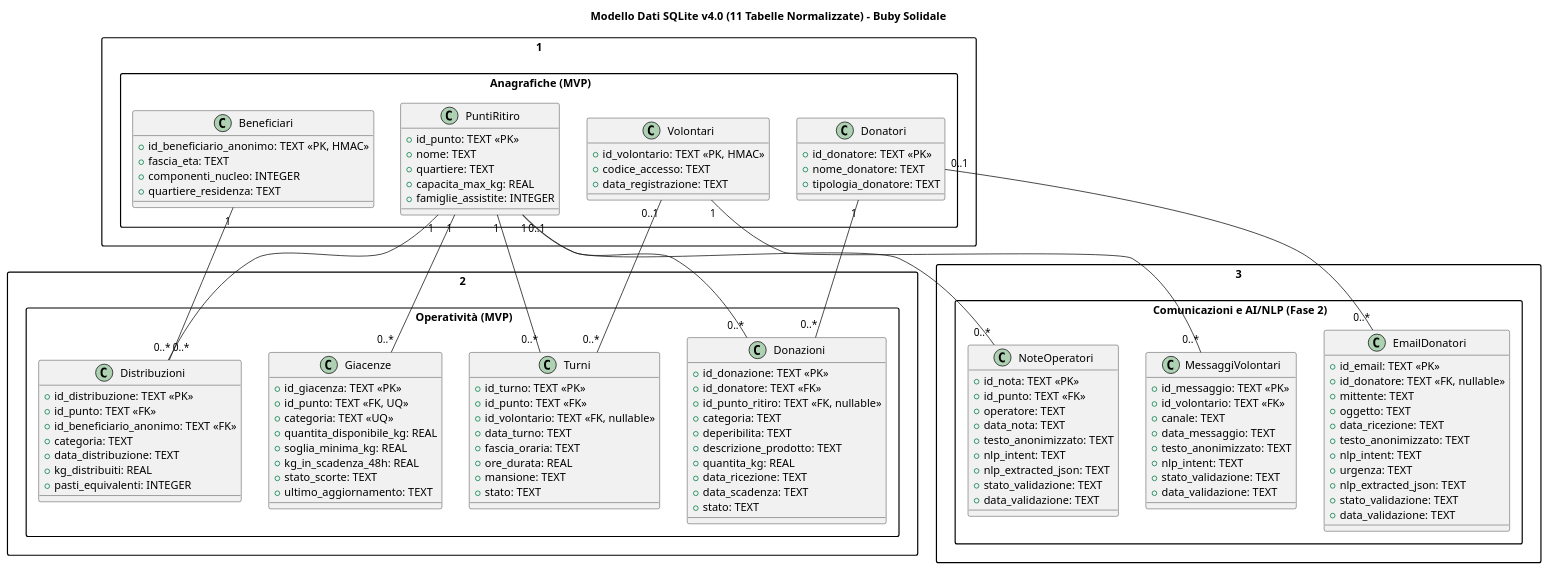
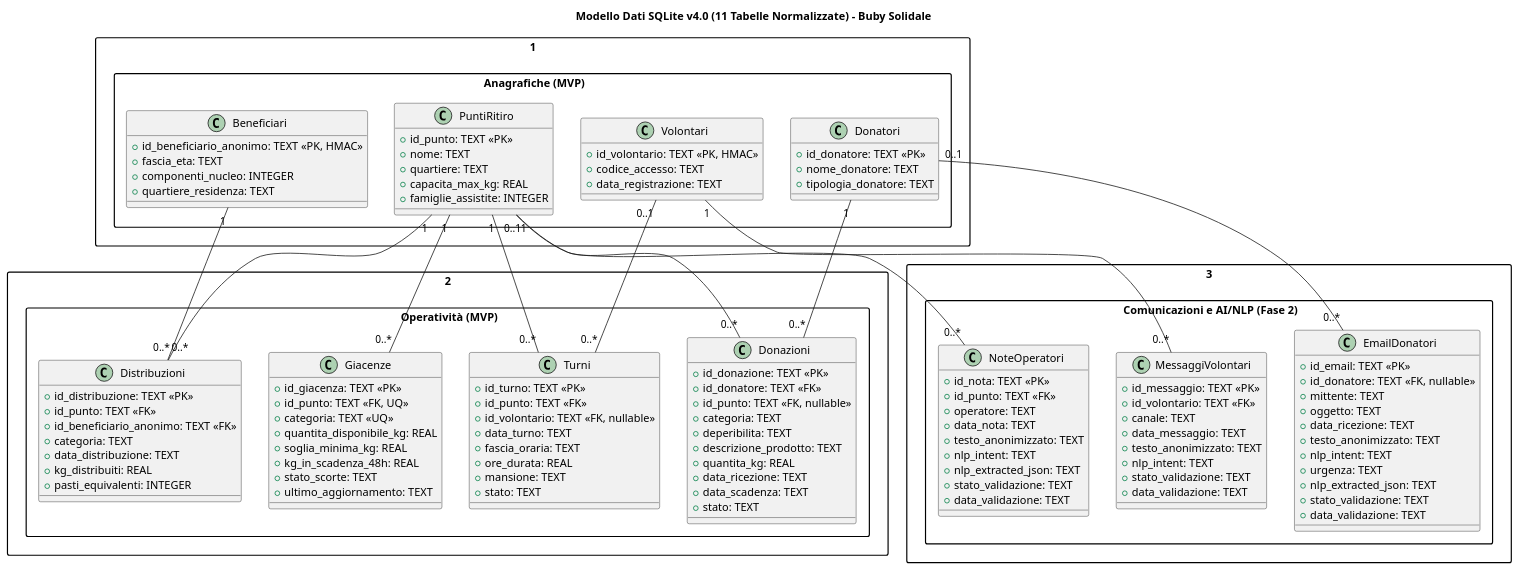
One commit to leonidaqemeqi/Solid7 changed the diagram in docs/modello-dati.puml. Above: the diagram before and after it, drawn with PlantUML. The commit also changed 1 other file, not shown here.

Commit message:
Aggiornato diagramma E-R: id_punto in Donazioni

```diff
--- a/docs/modello-dati.puml
+++ b/docs/modello-dati.puml
@@ -2,128 +2,128 @@
 @startuml modello_dati_buby_v4
 title Modello Dati SQLite v4.0 (11 Tabelle Normalizzate) – Buby Solidale
 
 skinparam packageStyle rectangle
 
 package "1. Anagrafiche (MVP)" {
   class PuntiRitiro {
     +id_punto: TEXT <<PK>>
     +nome: TEXT
     +quartiere: TEXT
     +capacita_max_kg: REAL
     +famiglie_assistite: INTEGER
   }
   class Donatori {
     +id_donatore: TEXT <<PK>>
     +nome_donatore: TEXT
     +tipologia_donatore: TEXT
   }
   class Volontari {
     +id_volontario: TEXT <<PK, HMAC>>
     +codice_accesso: TEXT
     +data_registrazione: TEXT
   }
   class Beneficiari {
     +id_beneficiario_anonimo: TEXT <<PK, HMAC>>
     +fascia_eta: TEXT
     +componenti_nucleo: INTEGER
     +quartiere_residenza: TEXT
   }
 }
 
 package "2. Operatività (MVP)" {
   class Giacenze {
     +id_giacenza: TEXT <<PK>>
     +id_punto: TEXT <<FK, UQ>>
     +categoria: TEXT <<UQ>>
     +quantita_disponibile_kg: REAL
     +soglia_minima_kg: REAL
     +kg_in_scadenza_48h: REAL
     +stato_scorte: TEXT
     +ultimo_aggiornamento: TEXT
   }
   class Donazioni {
     +id_donazione: TEXT <<PK>>
     +id_donatore: TEXT <<FK>>
-    +id_punto_ritiro: TEXT <<FK, nullable>>
+    +id_punto: TEXT <<FK, nullable>>
     +categoria: TEXT
     +deperibilita: TEXT
     +descrizione_prodotto: TEXT
     +quantita_kg: REAL
     +data_ricezione: TEXT
     +data_scadenza: TEXT
     +stato: TEXT
   }
   class Distribuzioni {
     +id_distribuzione: TEXT <<PK>>
     +id_punto: TEXT <<FK>>
     +id_beneficiario_anonimo: TEXT <<FK>>
     +categoria: TEXT
     +data_distribuzione: TEXT
     +kg_distribuiti: REAL
     +pasti_equivalenti: INTEGER
   }
   class Turni {
     +id_turno: TEXT <<PK>>
     +id_punto: TEXT <<FK>>
     +id_volontario: TEXT <<FK, nullable>>
     +data_turno: TEXT
     +fascia_oraria: TEXT
     +ore_durata: REAL
     +mansione: TEXT
     +stato: TEXT
   }
 }
 
 package "3. Comunicazioni e AI/NLP (Fase 2)" {
   class EmailDonatori {
     +id_email: TEXT <<PK>>
     +id_donatore: TEXT <<FK, nullable>>
     +mittente: TEXT
     +oggetto: TEXT
     +data_ricezione: TEXT
     +testo_anonimizzato: TEXT
     +nlp_intent: TEXT
     +urgenza: TEXT
     +nlp_extracted_json: TEXT
     +stato_validazione: TEXT
     +data_validazione: TEXT
   }
   class MessaggiVolontari {
     +id_messaggio: TEXT <<PK>>
     +id_volontario: TEXT <<FK>>
     +canale: TEXT
     +data_messaggio: TEXT
     +testo_anonimizzato: TEXT
     +nlp_intent: TEXT
     +stato_validazione: TEXT
     +data_validazione: TEXT
   }
   class NoteOperatori {
     +id_nota: TEXT <<PK>>
     +id_punto: TEXT <<FK>>
     +operatore: TEXT
     +data_nota: TEXT
     +testo_anonimizzato: TEXT
     +nlp_intent: TEXT
     +nlp_extracted_json: TEXT
     +stato_validazione: TEXT
     +data_validazione: TEXT
   }
 }
 
 ' Relazioni Anagrafiche -> Operatività
 PuntiRitiro "1" -- "0..*" Giacenze
 PuntiRitiro "0..1" -- "0..*" Donazioni
 PuntiRitiro "1" -- "0..*" Distribuzioni
 PuntiRitiro "1" -- "0..*" Turni
 
 Donatori "1" -- "0..*" Donazioni
 Volontari "0..1" -- "0..*" Turni
 Beneficiari "1" -- "0..*" Distribuzioni
 
 ' Relazioni Anagrafiche -> Comunicazioni
 Donatori "0..1" -- "0..*" EmailDonatori
 Volontari "1" -- "0..*" MessaggiVolontari
 PuntiRitiro "1" -- "0..*" NoteOperatori
 
 @enduml
```
